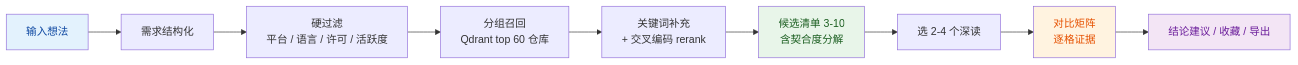
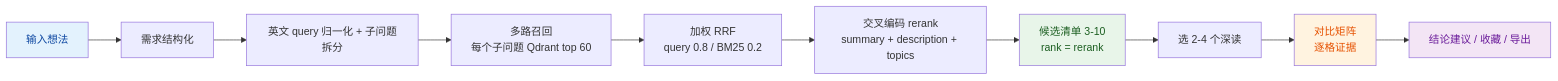
Before and after one commit to xxh11432/GitStarts: the first of 2 diagrams in README.md, drawn with Mermaid. The commit also changed other lines of this file and 17 other files, not shown here.

````diff
--- a/README.md
+++ b/README.md
@@ -40,16 +40,17 @@
 ```mermaid
 flowchart LR
     A[输入想法] --> B[需求结构化]
-    B --> C[硬过滤<br/>平台 / 语言 / 许可 / 活跃度]
-    C --> D[分组召回<br/>Qdrant top 60 仓库]
-    D --> E[关键词补充<br/>+ 交叉编码 rerank]
-    E --> F[候选清单 3-10<br/>含契合度分解]
-    F --> G[选 2-4 个深读]
-    G --> H[对比矩阵<br/>逐格证据]
-    H --> I[结论建议 / 收藏 / 导出]
+    B --> C[英文 query 归一化 + 子问题拆分]
+    C --> D[多路召回<br/>每个子问题 Qdrant top 60]
+    D --> E[加权 RRF<br/>query 0.8 / BM25 0.2]
+    E --> F[交叉编码 rerank<br/>summary + description + topics]
+    F --> G[候选清单 3-10<br/>rank = rerank]
+    G --> H[选 2-4 个深读]
+    H --> I[对比矩阵<br/>逐格证据]
+    I --> J[结论建议 / 收藏 / 导出]
 
     style A fill:#e3f2fd,color:#0d47a1
-    style F fill:#e8f5e9,color:#1b5e20
-    style H fill:#fff3e0,color:#e65100
-    style I fill:#f3e5f5,color:#6a1b9a
+    style G fill:#e8f5e9,color:#1b5e20
+    style I fill:#fff3e0,color:#e65100
+    style J fill:#f3e5f5,color:#6a1b9a
 ```
````
